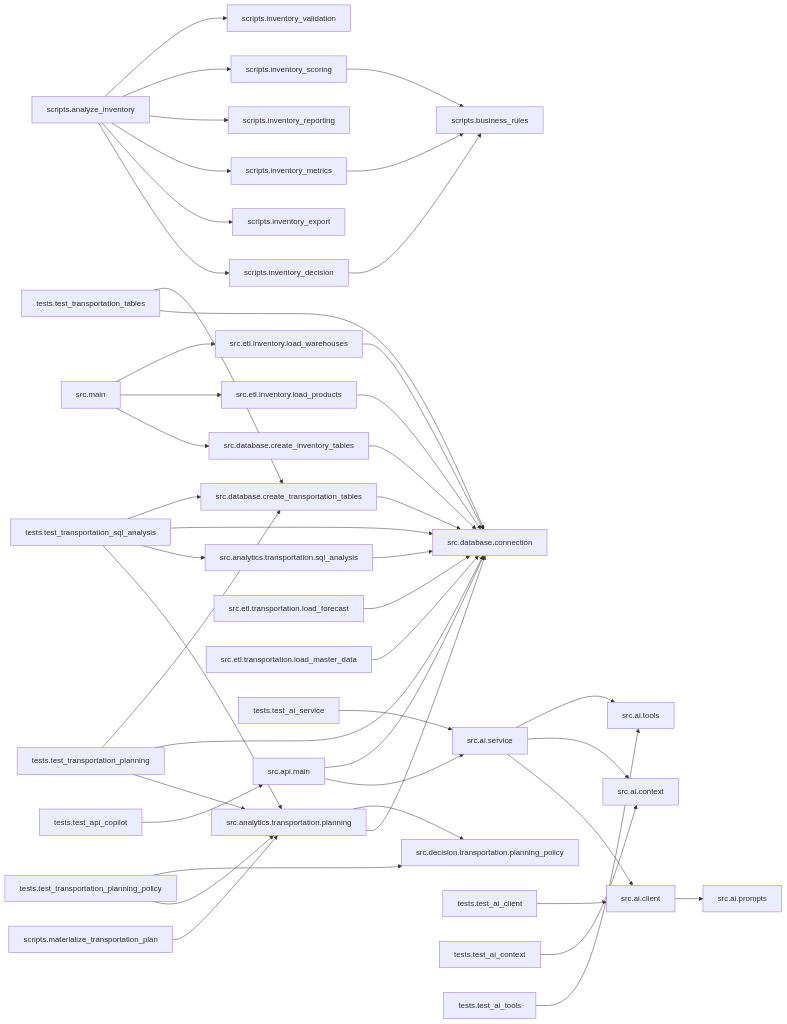
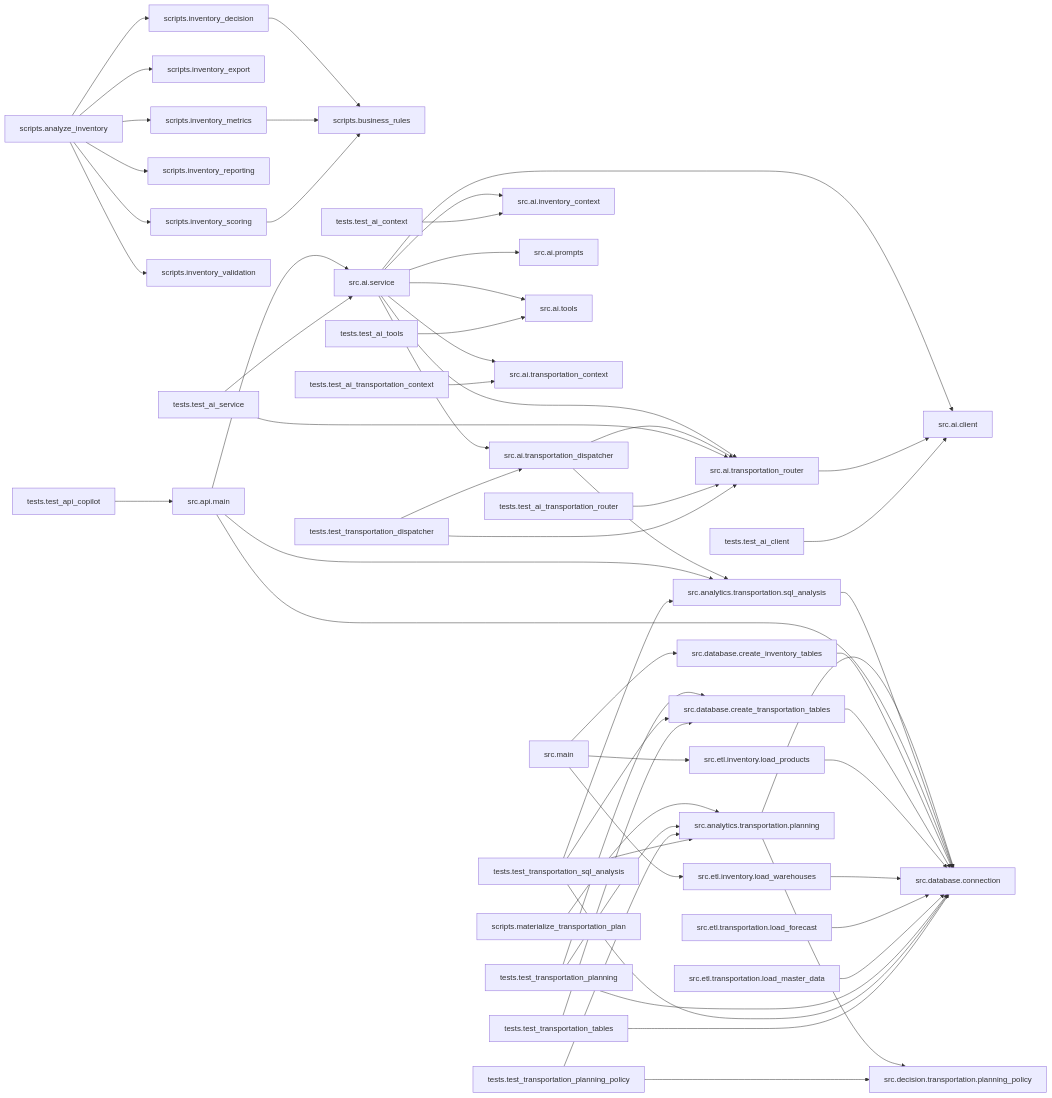
The diagram in docs/project_audit/PROJECT_AUDIT.md (RodsSoares/ai-supply-chain-copilot), drawn with Mermaid before and after one commit. The commit also changed other lines of this file and 7 other files, not shown here.

````diff
--- a/docs/project_audit/PROJECT_AUDIT.md
+++ b/docs/project_audit/PROJECT_AUDIT.md
@@ -714,47 +836,59 @@
 ```mermaid
 flowchart LR
     scripts_analyze_inventory["scripts.analyze_inventory"] --> scripts_inventory_decision["scripts.inventory_decision"]
     scripts_analyze_inventory["scripts.analyze_inventory"] --> scripts_inventory_export["scripts.inventory_export"]
     scripts_analyze_inventory["scripts.analyze_inventory"] --> scripts_inventory_metrics["scripts.inventory_metrics"]
     scripts_analyze_inventory["scripts.analyze_inventory"] --> scripts_inventory_reporting["scripts.inventory_reporting"]
     scripts_analyze_inventory["scripts.analyze_inventory"] --> scripts_inventory_scoring["scripts.inventory_scoring"]
     scripts_analyze_inventory["scripts.analyze_inventory"] --> scripts_inventory_validation["scripts.inventory_validation"]
     scripts_inventory_decision["scripts.inventory_decision"] --> scripts_business_rules["scripts.business_rules"]
     scripts_inventory_metrics["scripts.inventory_metrics"] --> scripts_business_rules["scripts.business_rules"]
     scripts_inventory_scoring["scripts.inventory_scoring"] --> scripts_business_rules["scripts.business_rules"]
     scripts_materialize_transportation_plan["scripts.materialize_transportation_plan"] --> src_analytics_transportation_planning["src.analytics.transportation.planning"]
-    src_ai_client["src.ai.client"] --> src_ai_prompts["src.ai.prompts"]
     src_ai_service["src.ai.service"] --> src_ai_client["src.ai.client"]
-    src_ai_service["src.ai.service"] --> src_ai_context["src.ai.context"]
+    src_ai_service["src.ai.service"] --> src_ai_inventory_context["src.ai.inventory_context"]
+    src_ai_service["src.ai.service"] --> src_ai_prompts["src.ai.prompts"]
     src_ai_service["src.ai.service"] --> src_ai_tools["src.ai.tools"]
+    src_ai_service["src.ai.service"] --> src_ai_transportation_context["src.ai.transportation_context"]
+    src_ai_service["src.ai.service"] --> src_ai_transportation_dispatcher["src.ai.transportation_dispatcher"]
+    src_ai_service["src.ai.service"] --> src_ai_transportation_router["src.ai.transportation_router"]
+    src_ai_transportation_dispatcher["src.ai.transportation_dispatcher"] --> src_ai_transportation_router["src.ai.transportation_router"]
+    src_ai_transportation_dispatcher["src.ai.transportation_dispatcher"] --> src_analytics_transportation_sql_analysis["src.analytics.transportation.sql_analysis"]
+    src_ai_transportation_router["src.ai.transportation_router"] --> src_ai_client["src.ai.client"]
     src_analytics_transportation_planning["src.analytics.transportation.planning"] --> src_database_connection["src.database.connection"]
     src_analytics_transportation_planning["src.analytics.transportation.planning"] --> src_decision_transportation_planning_policy["src.decision.transportation.planning_policy"]
     src_analytics_transportation_sql_analysis["src.analytics.transportation.sql_analysis"] --> src_database_connection["src.database.connection"]
     src_api_main["src.api.main"] --> src_ai_service["src.ai.service"]
+    src_api_main["src.api.main"] --> src_analytics_transportation_sql_analysis["src.analytics.transportation.sql_analysis"]
     src_api_main["src.api.main"] --> src_database_connection["src.database.connection"]
     src_database_create_inventory_tables["src.database.create_inventory_tables"] --> src_database_connection["src.database.connection"]
     src_database_create_transportation_tables["src.database.create_transportation_tables"] --> src_database_connection["src.database.connection"]
     src_etl_inventory_load_products["src.etl.inventory.load_products"] --> src_database_connection["src.database.connection"]
     src_etl_inventory_load_warehouses["src.etl.inventory.load_warehouses"] --> src_database_connection["src.database.connection"]
     src_etl_transportation_load_forecast["src.etl.transportation.load_forecast"] --> src_database_connection["src.database.connection"]
     src_etl_transportation_load_master_data["src.etl.transportation.load_master_data"] --> src_database_connection["src.database.connection"]
     src_main["src.main"] --> src_database_create_inventory_tables["src.database.create_inventory_tables"]
     src_main["src.main"] --> src_etl_inventory_load_products["src.etl.inventory.load_products"]
     src_main["src.main"] --> src_etl_inventory_load_warehouses["src.etl.inventory.load_warehouses"]
     tests_test_ai_client["tests.test_ai_client"] --> src_ai_client["src.ai.client"]
-    tests_test_ai_context["tests.test_ai_context"] --> src_ai_context["src.ai.context"]
+    tests_test_ai_context["tests.test_ai_context"] --> src_ai_inventory_context["src.ai.inventory_context"]
     tests_test_ai_service["tests.test_ai_service"] --> src_ai_service["src.ai.service"]
+    tests_test_ai_service["tests.test_ai_service"] --> src_ai_transportation_router["src.ai.transportation_router"]
     tests_test_ai_tools["tests.test_ai_tools"] --> src_ai_tools["src.ai.tools"]
+    tests_test_ai_transportation_context["tests.test_ai_transportation_context"] --> src_ai_transportation_context["src.ai.transportation_context"]
+    tests_test_ai_transportation_router["tests.test_ai_transportation_router"] --> src_ai_transportation_router["src.ai.transportation_router"]
     tests_test_api_copilot["tests.test_api_copilot"] --> src_api_main["src.api.main"]
+    tests_test_transportation_dispatcher["tests.test_transportation_dispatcher"] --> src_ai_transportation_dispatcher["src.ai.transportation_dispatcher"]
+    tests_test_transportation_dispatcher["tests.test_transportation_dispatcher"] --> src_ai_transportation_router["src.ai.transportation_router"]
     tests_test_transportation_planning["tests.test_transportation_planning"] --> src_analytics_transportation_planning["src.analytics.transportation.planning"]
     tests_test_transportation_planning["tests.test_transportation_planning"] --> src_database_connection["src.database.connection"]
     tests_test_transportation_planning["tests.test_transportation_planning"] --> src_database_create_transportation_tables["src.database.create_transportation_tables"]
     tests_test_transportation_planning_policy["tests.test_transportation_planning_policy"] --> src_analytics_transportation_planning["src.analytics.transportation.planning"]
     tests_test_transportation_planning_policy["tests.test_transportation_planning_policy"] --> src_decision_transportation_planning_policy["src.decision.transportation.planning_policy"]
     tests_test_transportation_sql_analysis["tests.test_transportation_sql_analysis"] --> src_analytics_transportation_planning["src.analytics.transportation.planning"]
     tests_test_transportation_sql_analysis["tests.test_transportation_sql_analysis"] --> src_analytics_transportation_sql_analysis["src.analytics.transportation.sql_analysis"]
     tests_test_transportation_sql_analysis["tests.test_transportation_sql_analysis"] --> src_database_connection["src.database.connection"]
     tests_test_transportation_sql_analysis["tests.test_transportation_sql_analysis"] --> src_database_create_transportation_tables["src.database.create_transportation_tables"]
     tests_test_transportation_tables["tests.test_transportation_tables"] --> src_database_connection["src.database.connection"]
     tests_test_transportation_tables["tests.test_transportation_tables"] --> src_database_create_transportation_tables["src.database.create_transportation_tables"]
 ```
````
